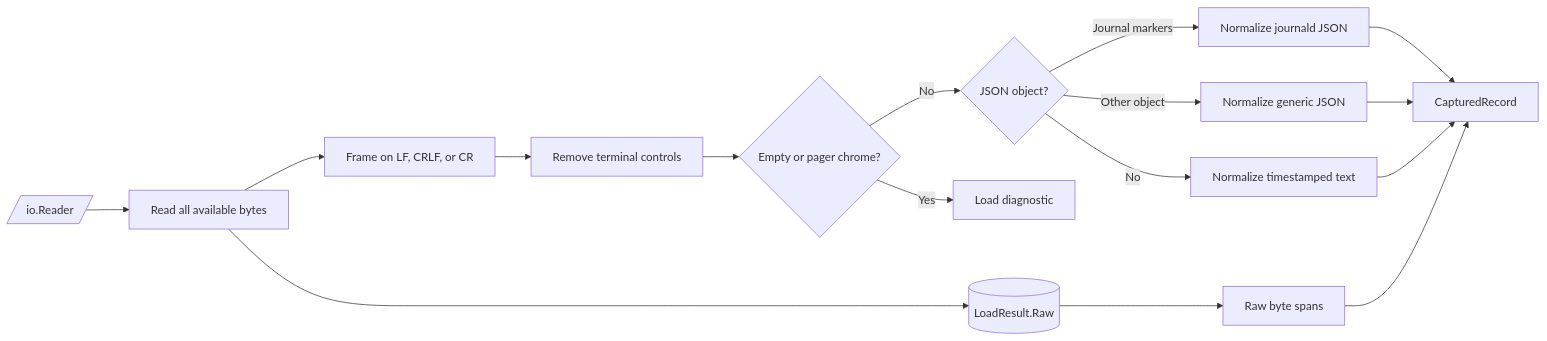
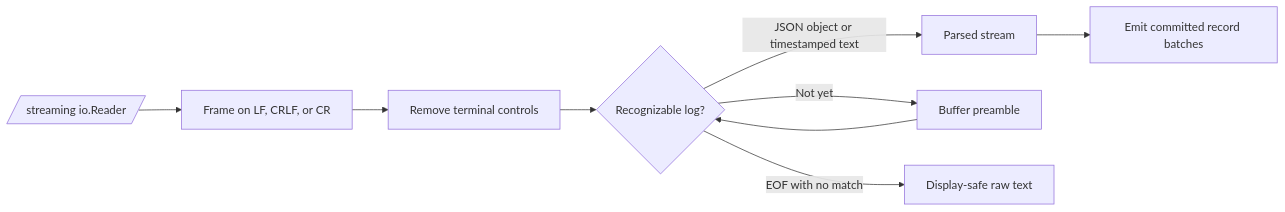
Before and after one commit to jpetroff/streamline: the first of 2 diagrams in .memory/parser.md, drawn with Mermaid. The commit also changed other lines of this file and 29 other files, not shown here.

Commit message:
stdin ingestion parsing and display on load

````diff
--- a/.memory/parser.md
+++ b/.memory/parser.md
@@ -11,18 +13,11 @@
 ```mermaid
 flowchart LR
-  input[/"io.Reader"/] --> load["Read all available bytes"]
-  load --> raw[("LoadResult.Raw")]
-  load --> frame["Frame on LF, CRLF, or CR"]
+  input[/"streaming io.Reader"/] --> frame["Frame on LF, CRLF, or CR"]
   frame --> clean["Remove terminal controls"]
-  clean --> skip{"Empty or pager chrome?"}
-  skip -->|"Yes"| loadWarning["Load diagnostic"]
-  skip -->|"No"| detect{"JSON object?"}
-  detect -->|"Journal markers"| journal["Normalize journald JSON"]
-  detect -->|"Other object"| json["Normalize generic JSON"]
-  detect -->|"No"| text["Normalize timestamped text"]
-  journal --> captured["CapturedRecord"]
-  json --> captured
-  text --> captured
-  raw --> spans["Raw byte spans"]
-  spans --> captured
+  clean --> detect{"Recognizable log?"}
+  detect -->|"JSON object or timestamped text"| parsed["Parsed stream"]
+  detect -->|"Not yet"| buffer["Buffer preamble"]
+  buffer --> detect
+  parsed --> append["Emit committed record batches"]
+  detect -->|"EOF with no match"| raw["Display-safe raw text"]
 ```
````
